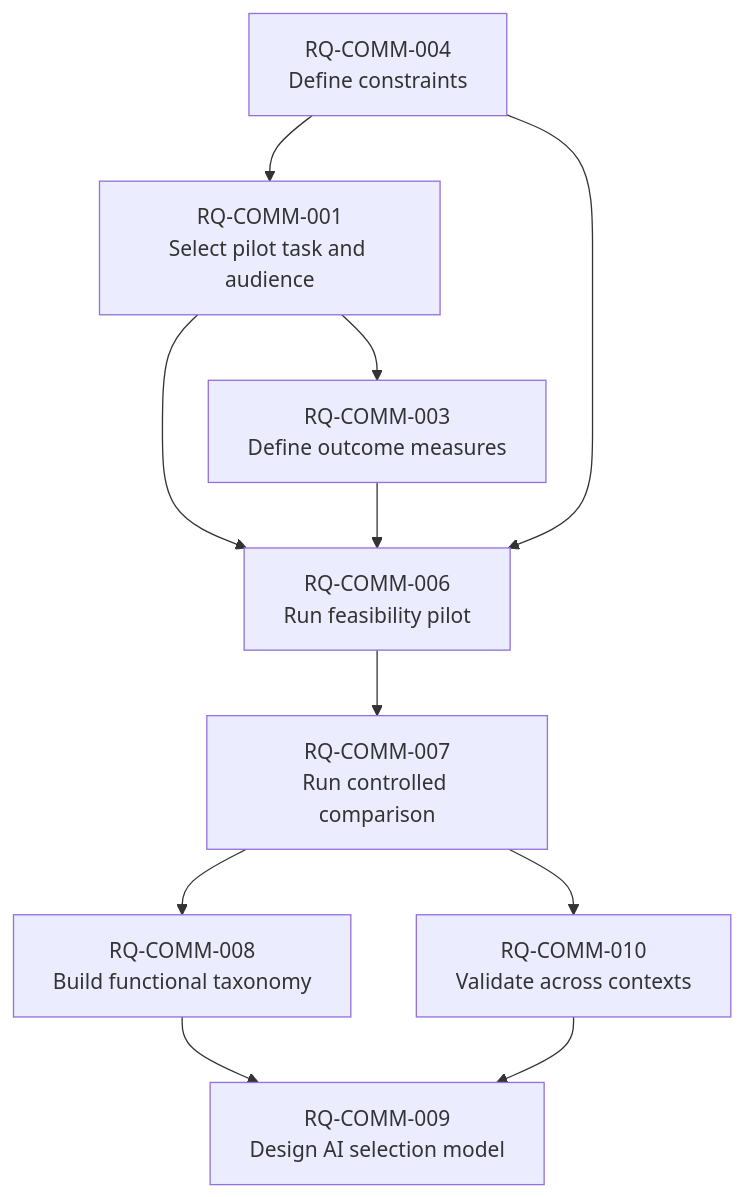
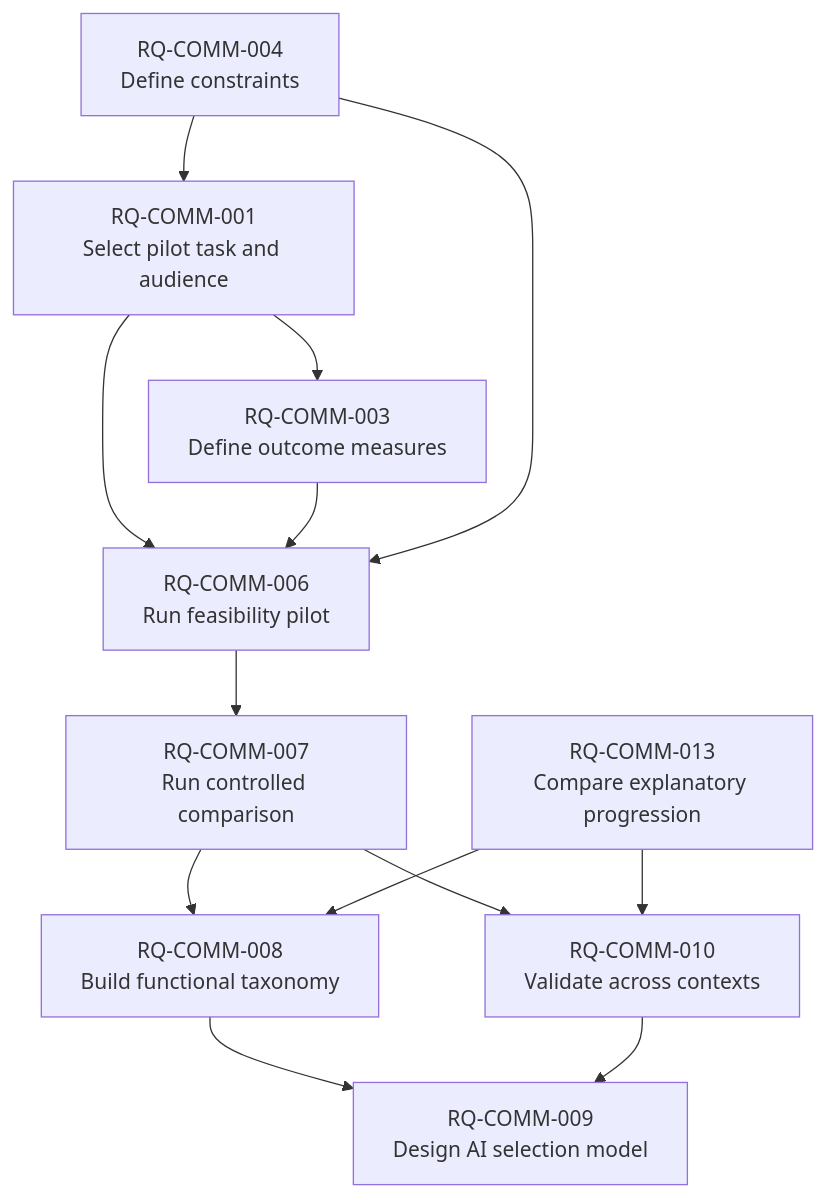
Before and after one commit to kemiller2002/communication-engineering: the diagram in research/frontier/PORTFOLIO-ROADMAP.md, drawn with Mermaid. The commit also changed other lines of this file and 53 other files, not shown here.

````diff
--- a/research/frontier/PORTFOLIO-ROADMAP.md
+++ b/research/frontier/PORTFOLIO-ROADMAP.md
@@ -33,21 +33,24 @@
 ```mermaid
 flowchart TD
     RQ001["RQ-COMM-001<br/>Select pilot task and audience"]
     RQ003["RQ-COMM-003<br/>Define outcome measures"]
     RQ004["RQ-COMM-004<br/>Define constraints"]
     RQ006["RQ-COMM-006<br/>Run feasibility pilot"]
     RQ007["RQ-COMM-007<br/>Run controlled comparison"]
     RQ008["RQ-COMM-008<br/>Build functional taxonomy"]
     RQ009["RQ-COMM-009<br/>Design AI selection model"]
     RQ010["RQ-COMM-010<br/>Validate across contexts"]
+    RQ013["RQ-COMM-013<br/>Compare explanatory progression"]
     RQ001 --> RQ003
     RQ004 --> RQ001
     RQ001 --> RQ006
     RQ003 --> RQ006
     RQ004 --> RQ006
     RQ006 --> RQ007
     RQ007 --> RQ008
     RQ008 --> RQ009
     RQ007 --> RQ010
     RQ010 --> RQ009
+    RQ013 --> RQ008
+    RQ013 --> RQ010
 ```
````
